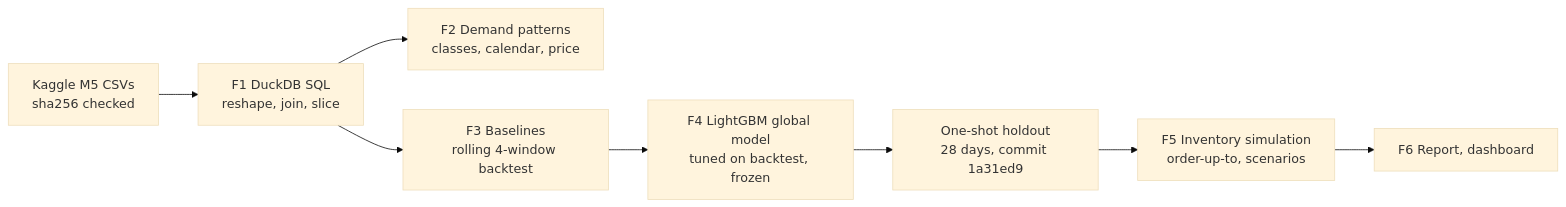
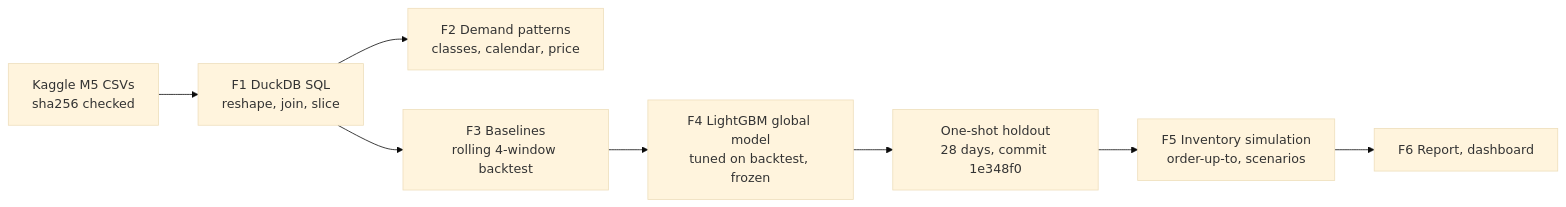
Before and after one commit to aradhyachandra/demand-forecasting: the diagram in README.md, drawn with Mermaid (base theme). The commit also changed other lines of this file and 9 other files, not shown here.

````diff
--- a/README.md
+++ b/README.md
@@ -46,10 +46,10 @@
 ```mermaid
 flowchart LR
     A[Kaggle M5 CSVs<br/>sha256 checked] --> B[F1 DuckDB SQL<br/>reshape, join, slice]
     B --> C[F2 Demand patterns<br/>classes, calendar, price]
     B --> D[F3 Baselines<br/>rolling 4-window backtest]
     D --> E[F4 LightGBM global model<br/>tuned on backtest, frozen]
-    E --> F[One-shot holdout<br/>28 days, commit 1a31ed9]
+    E --> F[One-shot holdout<br/>28 days, commit 1e348f0]
     F --> G[F5 Inventory simulation<br/>order-up-to, scenarios]
     G --> H[F6 Report, dashboard]
 ```
````
